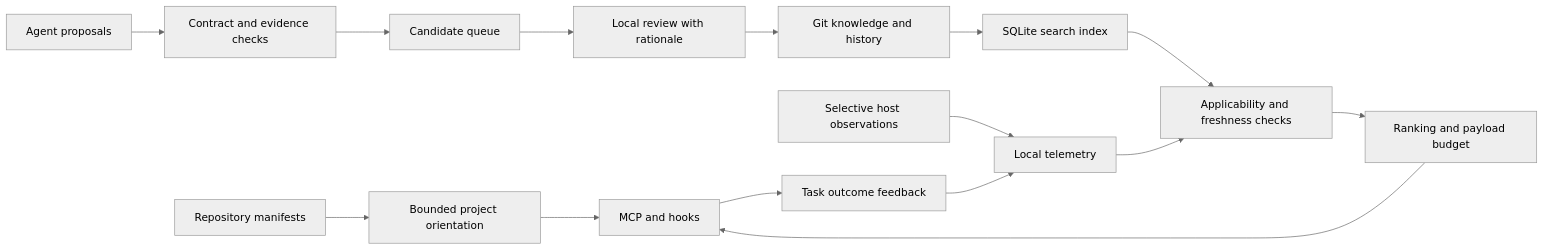
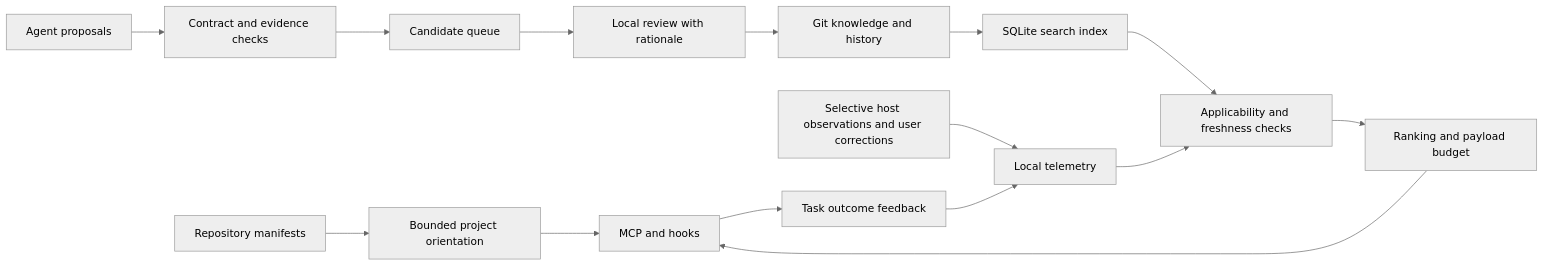
The diagram in docs/architecture/project-cognition.md (CribbNicolas/deltadictum), drawn with Mermaid (neutral theme) before and after one commit. The commit also changed other lines of this file and 9 other files, not shown here.

````diff
--- a/docs/architecture/project-cognition.md
+++ b/docs/architecture/project-cognition.md
@@ -7,17 +7,17 @@
 ```mermaid
 flowchart LR
     P[Repository manifests] --> O[Bounded project orientation]
-    H[Selective host observations] --> T[Local telemetry]
+    H[Selective host observations and user corrections] --> T[Local telemetry]
     A[Agent proposals] --> C[Contract and evidence checks]
     C --> Q[Candidate queue]
     Q --> R[Local review with rationale]
     R --> G[Git knowledge and history]
     G --> I[SQLite search index]
     I --> K[Applicability and freshness checks]
     T --> K
     K --> B[Ranking and payload budget]
     B --> M[MCP and hooks]
     O --> M
     M --> F[Task outcome feedback]
     F --> T
 ```
````
